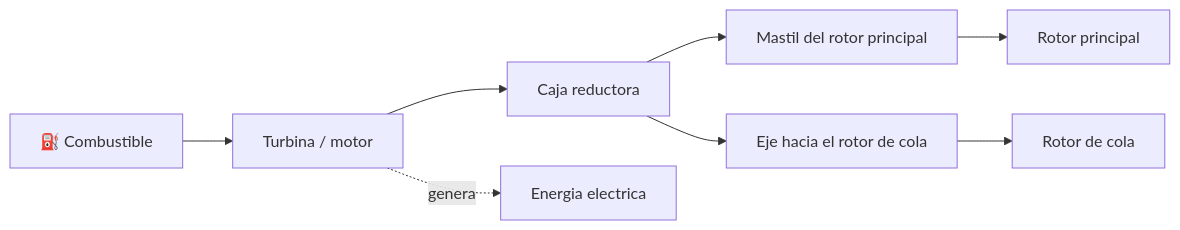
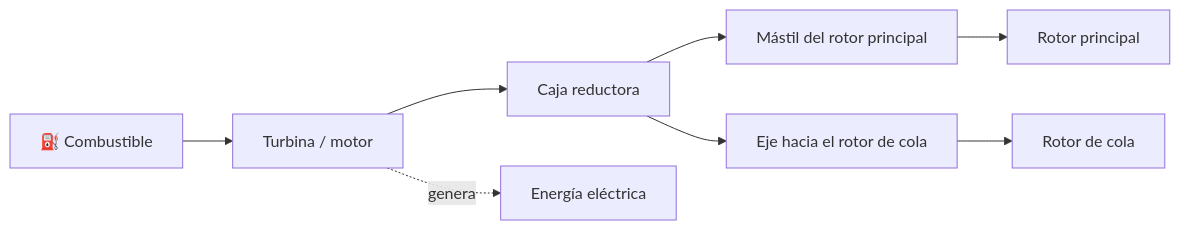
The fourth of 4 diagrams in vehiculos/helicopteros/operacion/sistemas-mecanicos-helicoptero.md (vladimiracunadev-create/machine-operator-program), drawn with Mermaid before and after one commit. The commit also changed other lines of this file and 442 other files, not shown here.

````diff
--- a/vehiculos/helicopteros/operacion/sistemas-mecanicos-helicoptero.md
+++ b/vehiculos/helicopteros/operacion/sistemas-mecanicos-helicoptero.md
@@ -131,10 +131,10 @@
 ```mermaid
 flowchart LR
     Comb[⛽ Combustible] --> Turbina[Turbina / motor]
     Turbina --> Caja[Caja reductora]
-    Caja --> Mastil[Mastil del rotor principal]
+    Caja --> Mastil[Mástil del rotor principal]
     Caja --> Eje[Eje hacia el rotor de cola]
     Mastil --> RP[Rotor principal]
     Eje --> RC[Rotor de cola]
-    Turbina -. genera .-> Elec[Energia electrica]
+    Turbina -. genera .-> Elec[Energía eléctrica]
 ```
````
